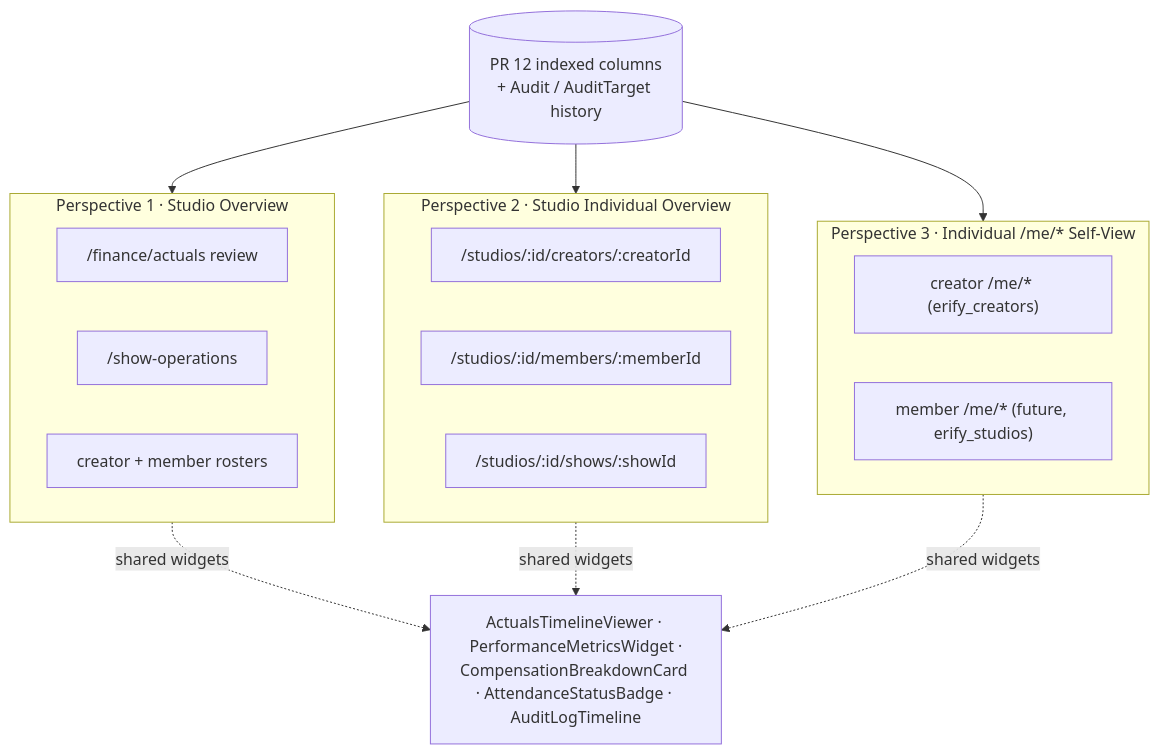
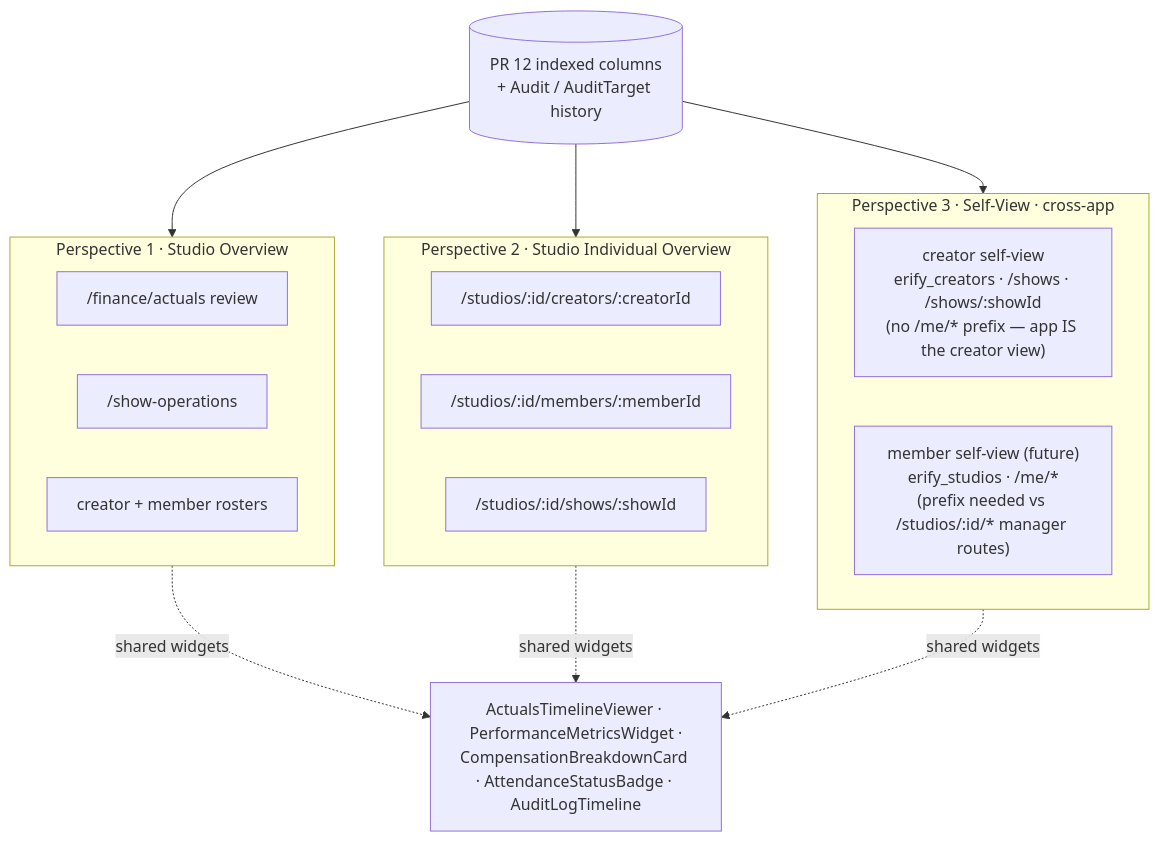
One commit to allenlin90/eridu-services changed the diagram in docs/prd/task-fact-binding.md. Above: the diagram before and after it, drawn with Mermaid. The commit also changed other lines of this file and 3 other files, not shown here.

First line of the commit message:
docs(phase4): clarify P3 cross-app boundary (creator vs member self-view)

````diff
--- a/docs/prd/task-fact-binding.md
+++ b/docs/prd/task-fact-binding.md
@@ -83,29 +83,29 @@
 ```mermaid
 flowchart TB
     DATA[(PR 12 indexed columns<br/>+ Audit / AuditTarget history)]
 
     subgraph P1[Perspective 1 · Studio Overview]
         P1A["/finance/actuals review"]
         P1B["/show-operations"]
         P1C["creator + member rosters"]
     end
 
     subgraph P2[Perspective 2 · Studio Individual Overview]
         P2A["/studios/:id/creators/:creatorId"]
         P2B["/studios/:id/members/:memberId"]
         P2C["/studios/:id/shows/:showId"]
     end
 
-    subgraph P3[Perspective 3 · Individual /me/* Self-View]
-        P3A["creator /me/* (erify_creators)"]
-        P3B["member /me/* (future, erify_studios)"]
+    subgraph P3[Perspective 3 · Self-View · cross-app]
+        P3A["creator self-view<br/>erify_creators · /shows · /shows/:showId<br/>(no /me/* prefix — app IS the creator view)"]
+        P3B["member self-view (future)<br/>erify_studios · /me/*<br/>(prefix needed vs /studios/:id/* manager routes)"]
     end
 
     DATA --> P1
     DATA --> P2
     DATA --> P3
 
     P1 -. shared widgets .-> W[ActualsTimelineViewer · PerformanceMetricsWidget ·<br/>CompensationBreakdownCard · AttendanceStatusBadge · AuditLogTimeline]
     P2 -. shared widgets .-> W
     P3 -. shared widgets .-> W
 ```
````
